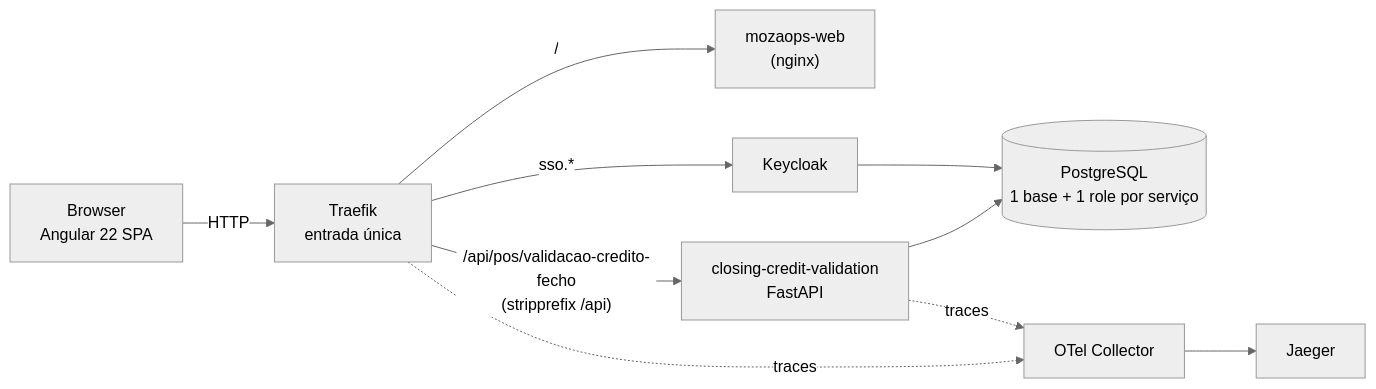
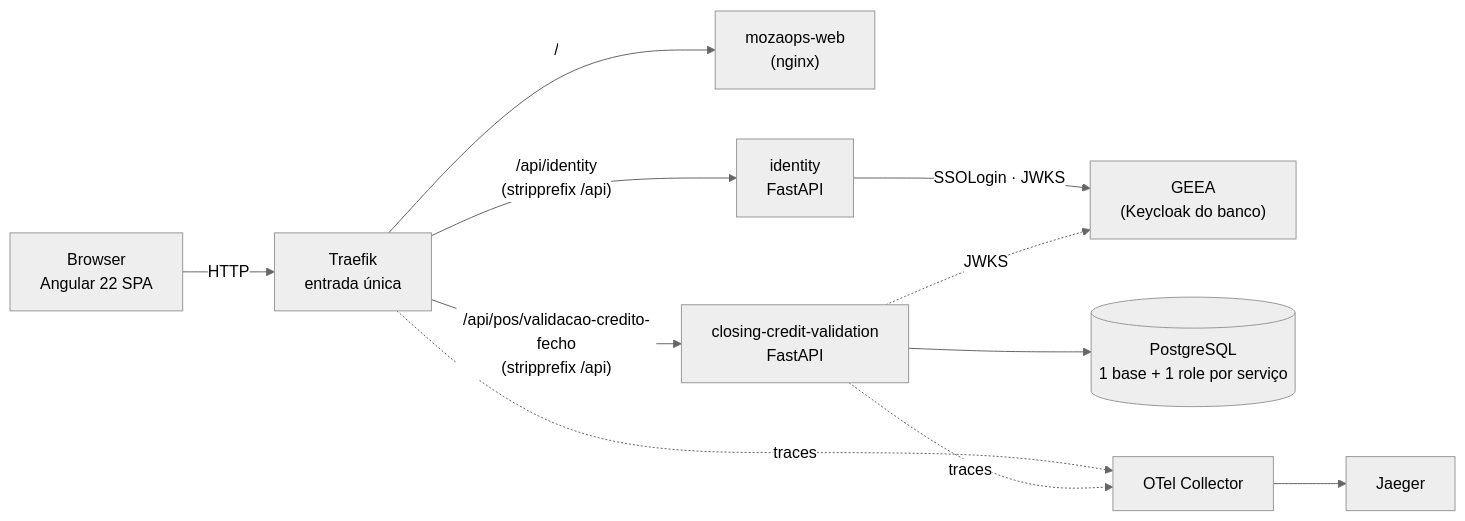
Before and after one commit to DaltonChivambo/ops: the first of 2 diagrams in ARCHITECTURE.md, drawn with Mermaid (neutral theme). The commit also changed other lines of this file and 34 other files, not shown here.

First line of the commit message:
feat(auth): o SPA entra pelo GEEA, e o Keycloak nosso desaparece

````diff
--- a/ARCHITECTURE.md
+++ b/ARCHITECTURE.md
@@ -18,15 +18,17 @@
 ```mermaid
 flowchart LR
     B["Browser<br/>Angular 22 SPA"] -- "HTTP" --> TR["Traefik<br/>entrada única"]
 
     TR -- "/" --> FE["mozaops-web<br/>(nginx)"]
     TR -- "/api/pos/validacao-credito-fecho<br/>(stripprefix /api)" --> CR["closing-credit-validation<br/>FastAPI"]
-    TR -- "sso.*" --> KC["Keycloak"]
+    TR -- "/api/identity<br/>(stripprefix /api)" --> ID["identity<br/>FastAPI"]
+
+    ID -- "SSOLogin · JWKS" --> GE["GEEA<br/>(Keycloak do banco)"]
+    CR -. "JWKS" .-> GE
 
     CR --> PG[("PostgreSQL<br/>1 base + 1 role por serviço")]
-    KC --> PG
 
     TR -. "traces" .-> OT["OTel Collector"]
     CR -. "traces" .-> OT
     OT --> JG["Jaeger"]
 ```
````
